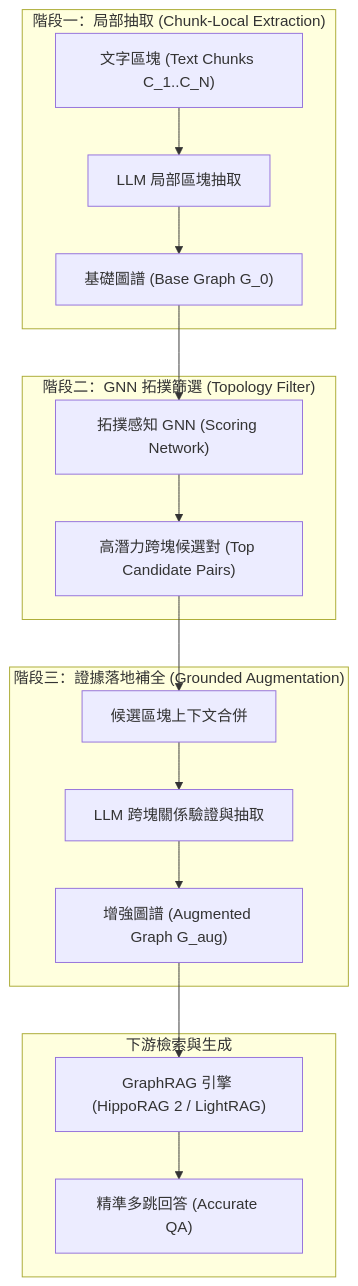
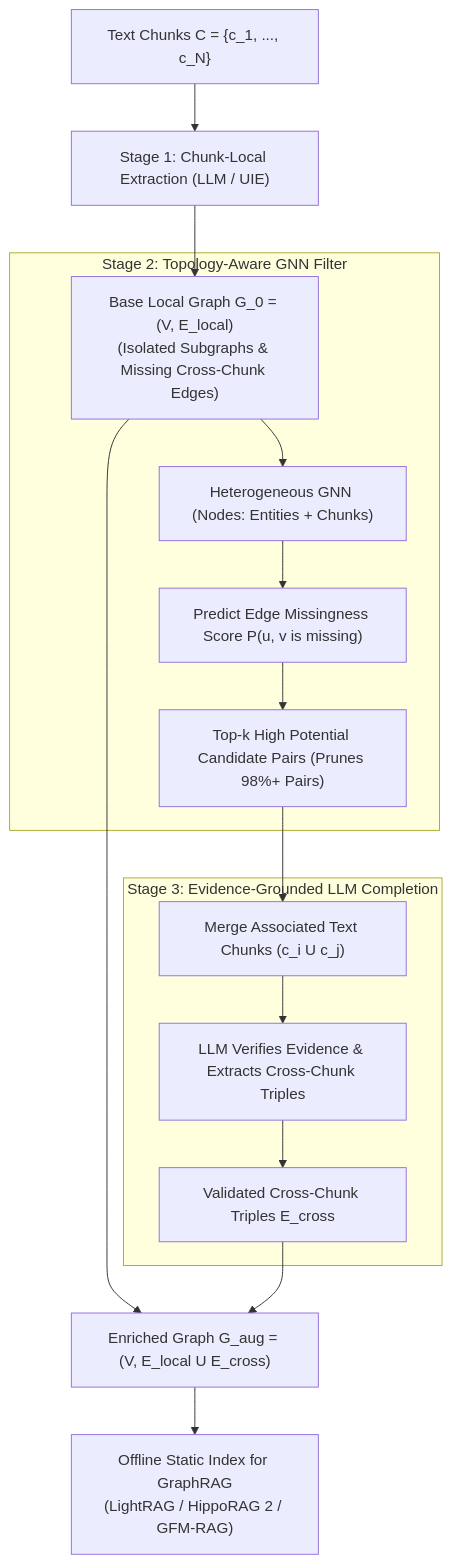
One commit to Cycl0n3-ga/RAG-survey changed the diagram in 03 - 論文庫 (Literature Notes)/04 - Knowledge & Graph RAG/(arXiv 2026-05) Beyond Chunk-Local Extraction - Cross-Chunk Graph Augmentation for GraphRAG.md. Above: the diagram before and after it, drawn with Mermaid. The commit also changed other lines of this file and 12 other files, not shown here.

````diff
--- a/03 - 論文庫 (Literature Notes)/04 - Knowledge & Graph RAG/(arXiv 2026-05) Beyond Chunk-Local Extraction - Cross-Chunk Graph Augmentation for GraphRAG.md
+++ b/03 - 論文庫 (Literature Notes)/04 - Knowledge & Graph RAG/(arXiv 2026-05) Beyond Chunk-Local Extraction - Cross-Chunk Graph Augmentation for GraphRAG.md
@@ -71,23 +112,22 @@
 ```mermaid
 flowchart TD
-    subgraph phase1["階段一：局部抽取 (Chunk-Local Extraction)"]
-        DOCS["文字區塊 (Text Chunks C_1..C_N)"] --> LOCAL_EXT["LLM 局部區塊抽取"]
-        LOCAL_EXT --> BASE_G["基礎圖譜 (Base Graph G_0)"]
+    RawCorpus["Text Chunks C = {c_1, ..., c_N}"] --> LocalIE["Stage 1: Chunk-Local Extraction (LLM / UIE)"]
+    LocalIE --> BaseGraph["Base Local Graph G_0 = (V, E_local)<br/>(Isolated Subgraphs & Missing Cross-Chunk Edges)"]
+    
+    subgraph gnn_scoring["Stage 2: Topology-Aware GNN Filter"]
+        BaseGraph --> GNN_Encoder["Heterogeneous GNN (Nodes: Entities + Chunks)"]
+        GNN_Encoder --> MissingScore["Predict Edge Missingness Score P(u, v is missing)"]
+        MissingScore --> CandidateFilter["Top-k High Potential Candidate Pairs (Prunes 98%+ Pairs)"]
     end
-
-    subgraph phase2["階段二：GNN 拓撲篩選 (Topology Filter)"]
-        BASE_G --> GNN["拓撲感知 GNN (Scoring Network)"]
-        GNN --> CAND["高潛力跨塊候選對 (Top Candidate Pairs)"]
+    
+    subgraph grounded_completion["Stage 3: Evidence-Grounded LLM Completion"]
+        CandidateFilter --> ContextMerge["Merge Associated Text Chunks (c_i U c_j)"]
+        ContextMerge --> LLM_Verify["LLM Verifies Evidence & Extracts Cross-Chunk Triples"]
+        LLM_Verify --> CrossEdges["Validated Cross-Chunk Triples E_cross"]
     end
-
-    subgraph phase3["階段三：證據落地補全 (Grounded Augmentation)"]
-        CAND --> PROMPT["候選區塊上下文合併"]
-        PROMPT --> LLM_VERIFY["LLM 跨塊關係驗證與抽取"]
-        LLM_VERIFY --> AUG_G["增強圖譜 (Augmented Graph G_aug)"]
-    end
-
-    subgraph downstream["下游檢索與生成"]
-        AUG_G --> RET["GraphRAG 引擎 (HippoRAG 2 / LightRAG)"]
-        RET --> ANS["精準多跳回答 (Accurate QA)"]
-    end
+    
+    BaseGraph --> MergeGraph["Enriched Graph G_aug = (V, E_local U E_cross)"]
+    CrossEdges --> MergeGraph
+    
+    MergeGraph --> DownstreamRAG["Offline Static Index for GraphRAG<br/>(LightRAG / HippoRAG 2 / GFM-RAG)"]
 ```
````
